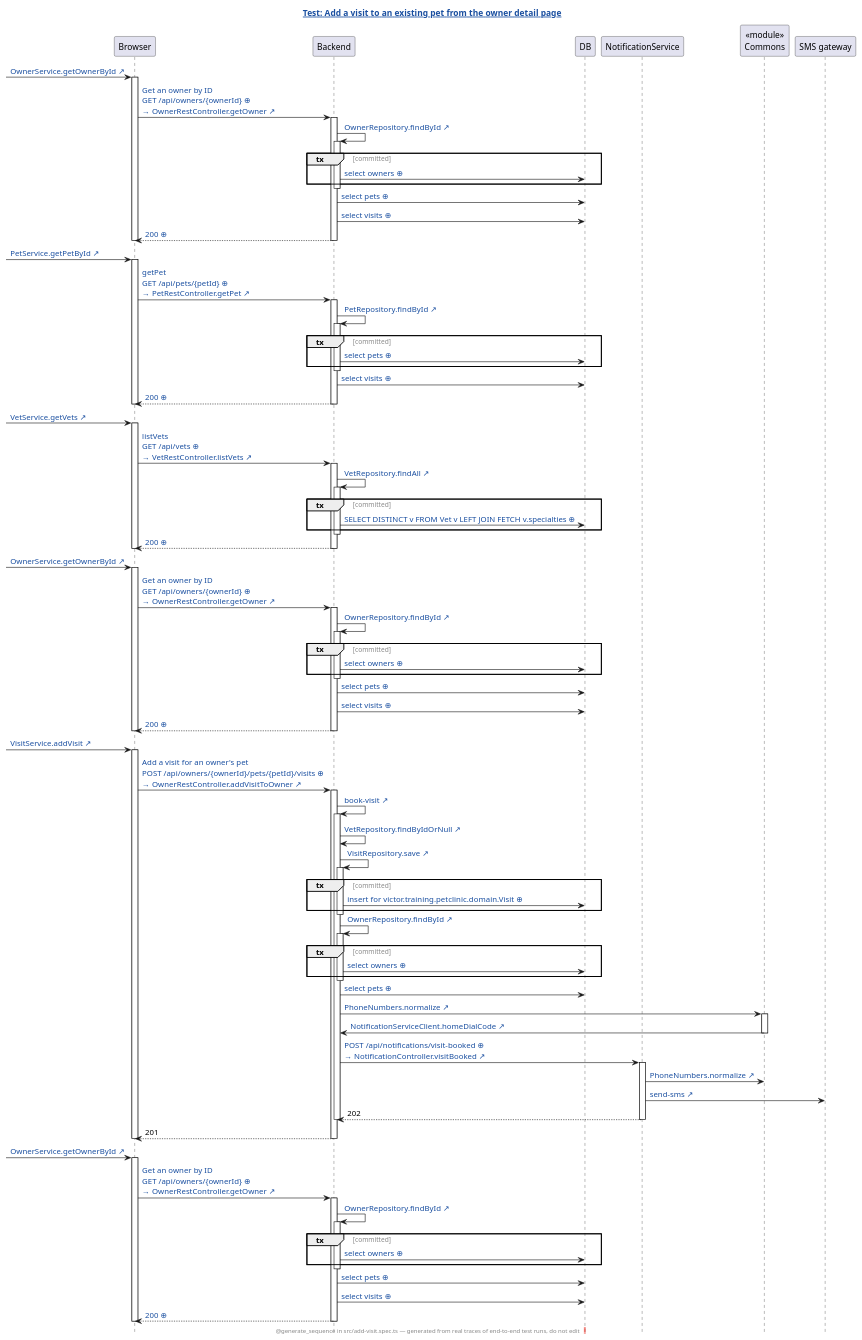
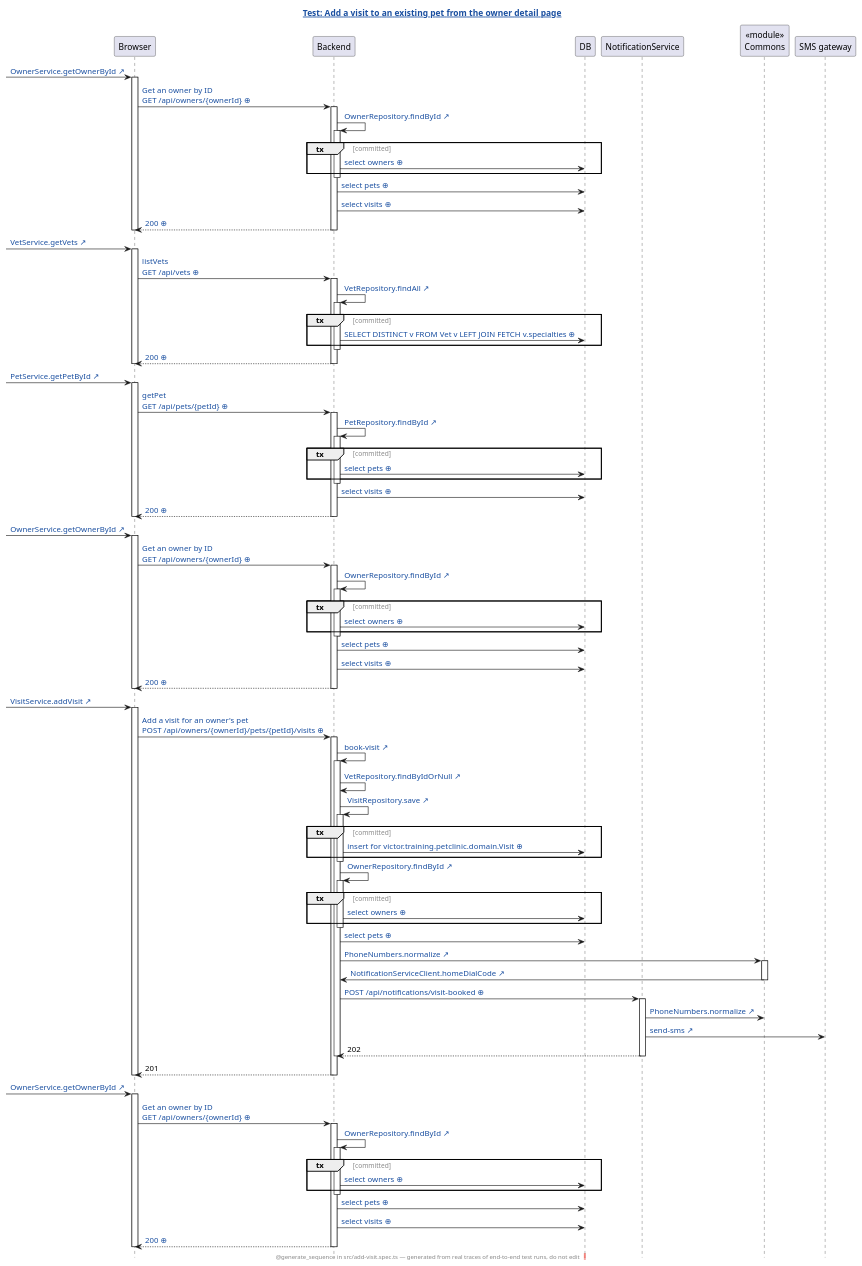
Before and after one commit to victorrentea/petclinic: the diagram in petclinic-test/generated/add-visit.spec.ts.add-a-visit-to-an-existing-pet-from-the-owner-detail-page.genseq.puml, drawn with PlantUML. The commit also changed 3 other files, not shown here.

First line of the commit message:
Regenerate the browser sequence diagrams: a request arrow carries only its words, the controller is named in its panel

```diff
--- a/petclinic-test/generated/add-visit.spec.ts.add-a-visit-to-an-existing-pet-from-the-owner-detail-page.genseq.puml
+++ b/petclinic-test/generated/add-visit.spec.ts.add-a-visit-to-an-existing-pet-from-the-owner-detail-page.genseq.puml
@@ -1,122 +1,122 @@
 @startuml
 ' ⚠️  GENERATED FILE — DO NOT EDIT. Every edit is lost on the next run.
 hide footbox
 skinparam hyperlinkUnderline false
 skinparam hyperlinkColor #1A4FA0
 skinparam sequenceGroupFontColor #888888
 skinparam sequenceGroupFontStyle plain
 title [[src://petclinic-test/src/add-visit.spec.ts:34{Click to open the test} Test: Add a visit to an existing pet from the owner detail page]]
 footer @generate_sequence in src/add-visit.spec.ts — generated from real traces of end-to-end test runs, do not edit ❗
 participant Browser
 participant Backend
 participant DB
 participant NotificationService
 participant "«module»\nCommons" as Commons
 participant "SMS gateway"
 [-> Browser: [[src://petclinic-frontend/src/app/owners/owner-detail/owner-detail.component.ts:22{Click to open the line that sent this request: owner-detail.component.ts:22} OwnerService.getOwnerById ↗]]
 activate Browser
-Browser -> Backend: [[genseq://18jo62a{Click for the request as it was sent} Get an owner by ID\nGET /api/owners/{ownerId} ⊕]]\n[[src://petclinic-backend/src/main/java/victor/training/petclinic/rest/OwnerRestController.java:113{Click to open OwnerRestController.getOwner} → OwnerRestController.getOwner ↗]]
+Browser -> Backend: [[genseq://0m8scc6{Click for the request as it was sent} Get an owner by ID\nGET /api/owners/{ownerId} ⊕]]
 activate Backend
 Backend -> Backend: [[src://petclinic-backend/src/main/java/victor/training/petclinic/repository/OwnerRepository.java:14{Click to open OwnerRepository.findById} OwnerRepository.findById ↗]]
 activate Backend
 group tx [committed]
 Backend -> DB: [[genseq://0x8aana{Click for the statement behind this call} select owners ⊕]]
 end
 deactivate Backend
 Backend -> DB: [[genseq://18567ho{Click for the statement behind this call} select pets ⊕]]
 Backend -> DB: [[genseq://1eq1h2q{Click for the statement behind this call} select visits ⊕]]
 Backend --> Browser: [[genseq://1bhasc1{Click for this call’s JSON body} 200 ⊕]]
 deactivate Backend
 deactivate Browser
+[-> Browser: [[src://petclinic-frontend/src/app/visits/visit-add/visit-add.component.ts:46{Click to open the line that sent this request: visit-add.component.ts:46} VetService.getVets ↗]]
+activate Browser
+Browser -> Backend: [[genseq://1ce7aux{Click for the request as it was sent} listVets\nGET /api/vets ⊕]]
+activate Backend
+Backend -> Backend: [[src://petclinic-backend/src/main/java/victor/training/petclinic/repository/VetRepository.java:13{Click to open VetRepository.findAll} VetRepository.findAll ↗]]
+activate Backend
+group tx [committed]
+Backend -> DB: [[genseq://0p6yxbc{Click for the statement behind this call} SELECT DISTINCT v FROM Vet v LEFT JOIN FETCH v.specialties ⊕]]
+end
+deactivate Backend
+Backend --> Browser: [[genseq://1nmg2oo{Click for this call’s JSON body} 200 ⊕]]
+deactivate Backend
+deactivate Browser
 [-> Browser: [[src://petclinic-frontend/src/app/visits/visit-add/visit-add.component.ts:48{Click to open the line that sent this request: visit-add.component.ts:48} PetService.getPetById ↗]]
 activate Browser
-Browser -> Backend: [[genseq://05e03mm{Click for the request as it was sent} getPet\nGET /api/pets/{petId} ⊕]]\n[[src://petclinic-backend/src/main/java/victor/training/petclinic/rest/PetRestController.java:33{Click to open PetRestController.getPet} → PetRestController.getPet ↗]]
+Browser -> Backend: [[genseq://0ranhxm{Click for the request as it was sent} getPet\nGET /api/pets/{petId} ⊕]]
 activate Backend
 Backend -> Backend: [[src://petclinic-backend/src/main/java/victor/training/petclinic/repository/PetRepository.java:16{Click to open PetRepository.findById} PetRepository.findById ↗]]
 activate Backend
 group tx [committed]
 Backend -> DB: [[genseq://0y7w2ps{Click for the statement behind this call} select pets ⊕]]
 end
 deactivate Backend
 Backend -> DB: [[genseq://1eq1h2q{Click for the statement behind this call} select visits ⊕]]
 Backend --> Browser: [[genseq://0n1gsl8{Click for this call’s JSON body} 200 ⊕]]
 deactivate Backend
 deactivate Browser
-[-> Browser: [[src://petclinic-frontend/src/app/visits/visit-add/visit-add.component.ts:46{Click to open the line that sent this request: visit-add.component.ts:46} VetService.getVets ↗]]
-activate Browser
-Browser -> Backend: [[genseq://18kpp45{Click for the request as it was sent} listVets\nGET /api/vets ⊕]]\n[[src://petclinic-backend/src/main/java/victor/training/petclinic/rest/VetRestController.java:53{Click to open VetRestController.listVets} → VetRestController.listVets ↗]]
-activate Backend
-Backend -> Backend: [[src://petclinic-backend/src/main/java/victor/training/petclinic/repository/VetRepository.java:13{Click to open VetRepository.findAll} VetRepository.findAll ↗]]
-activate Backend
-group tx [committed]
-Backend -> DB: [[genseq://0p6yxbc{Click for the statement behind this call} SELECT DISTINCT v FROM Vet v LEFT JOIN FETCH v.specialties ⊕]]
-end
-deactivate Backend
-Backend --> Browser: [[genseq://1nmg2oo{Click for this call’s JSON body} 200 ⊕]]
-deactivate Backend
-deactivate Browser
 [-> Browser: [[src://petclinic-frontend/src/app/visits/visit-add/visit-add.component.ts:53{Click to open the line that sent this request: visit-add.component.ts:53} OwnerService.getOwnerById ↗]]
 activate Browser
-Browser -> Backend: [[genseq://18jo62a{Click for the request as it was sent} Get an owner by ID\nGET /api/owners/{ownerId} ⊕]]\n[[src://petclinic-backend/src/main/java/victor/training/petclinic/rest/OwnerRestController.java:113{Click to open OwnerRestController.getOwner} → OwnerRestController.getOwner ↗]]
+Browser -> Backend: [[genseq://0m8scc6{Click for the request as it was sent} Get an owner by ID\nGET /api/owners/{ownerId} ⊕]]
 activate Backend
 Backend -> Backend: [[src://petclinic-backend/src/main/java/victor/training/petclinic/repository/OwnerRepository.java:14{Click to open OwnerRepository.findById} OwnerRepository.findById ↗]]
 activate Backend
 group tx [committed]
 Backend -> DB: [[genseq://0x8aana{Click for the statement behind this call} select owners ⊕]]
 end
 deactivate Backend
 Backend -> DB: [[genseq://18567ho{Click for the statement behind this call} select pets ⊕]]
 Backend -> DB: [[genseq://1eq1h2q{Click for the statement behind this call} select visits ⊕]]
 Backend --> Browser: [[genseq://1bhasc1{Click for this call’s JSON body} 200 ⊕]]
 deactivate Backend
 deactivate Browser
 [-> Browser: [[src://petclinic-frontend/src/app/visits/visit-add/visit-add.component.ts:69{Click to open the line that sent this request: visit-add.component.ts:69 ← visit-add.component.html:25} VisitService.addVisit ↗]]
 activate Browser
-Browser -> Backend: [[genseq://0jfza5n{Click for the request as it was sent} Add a visit for an owner's pet\nPOST /api/owners/{ownerId}/pets/{petId}/visits ⊕]]\n[[src://petclinic-backend/src/main/java/victor/training/petclinic/rest/OwnerRestController.java:177{Click to open OwnerRestController.addVisitToOwner} → OwnerRestController.addVisitToOwner ↗]]
+Browser -> Backend: [[genseq://0nhf3d3{Click for the request as it was sent} Add a visit for an owner's pet\nPOST /api/owners/{ownerId}/pets/{petId}/visits ⊕]]
 activate Backend
 Backend -> Backend: [[src://petclinic-backend/src/main/java/victor/training/petclinic/rest/OwnerRestController.java:193{Click to open OwnerRestController.bookVisit} book-visit ↗]]
 activate Backend
 Backend -> Backend: [[src://petclinic-backend/src/main/java/victor/training/petclinic/repository/VetRepository.java:19{Click to open VetRepository.findByIdOrNull} VetRepository.findByIdOrNull ↗]]
 Backend -> Backend: [[src://petclinic-backend/src/main/java/victor/training/petclinic/repository/VisitRepository.java:14{Click to open VisitRepository.save} VisitRepository.save ↗]]
 activate Backend
 group tx [committed]
-Backend -> DB: [[genseq://14g6ded{Click for the statement behind this call} insert for victor.training.petclinic.domain.Visit ⊕]]
+Backend -> DB: [[genseq://0v1528l{Click for the statement behind this call} insert for victor.training.petclinic.domain.Visit ⊕]]
 end
 deactivate Backend
 Backend -> Backend: [[src://petclinic-backend/src/main/java/victor/training/petclinic/repository/OwnerRepository.java:14{Click to open OwnerRepository.findById} OwnerRepository.findById ↗]]
 activate Backend
 group tx [committed]
 Backend -> DB: [[genseq://0x8aana{Click for the statement behind this call} select owners ⊕]]
 end
 deactivate Backend
 Backend -> DB: [[genseq://18567ho{Click for the statement behind this call} select pets ⊕]]
 Backend -> Commons: [[src://petclinic-commons/src/main/java/victor/training/commons/PhoneNumbers.java:14{Click to open PhoneNumbers.normalize} PhoneNumbers.normalize ↗]]
 activate Commons
 Commons -> Backend: [[src://petclinic-backend/src/main/java/victor/training/petclinic/notification/NotificationServiceClient.java:45{Click to open NotificationServiceClient.homeDialCode} NotificationServiceClient.homeDialCode ↗]]
 deactivate Commons
-Backend -> NotificationService: [[genseq://00gfug0{Click for the request as it was sent} POST /api/notifications/visit-booked ⊕]]\n[[src://notification-service/src/main/java/victor/training/notification/NotificationController.java:21{Click to open NotificationController.visitBooked} → NotificationController.visitBooked ↗]]
+Backend -> NotificationService: [[genseq://00gfug0{Click for the request as it was sent} POST /api/notifications/visit-booked ⊕]]
 activate NotificationService
 NotificationService -> Commons: [[src://petclinic-commons/src/main/java/victor/training/commons/PhoneNumbers.java:8{Click to open PhoneNumbers.normalize} PhoneNumbers.normalize ↗]]
 NotificationService -> "SMS gateway": [[src://notification-service/src/main/java/victor/training/notification/SmsGateway.java:23{Click to open SmsGateway.send} send-sms ↗]]
 NotificationService --> Backend: 202
 deactivate NotificationService
 deactivate Backend
 Backend --> Browser: 201
 deactivate Backend
 deactivate Browser
 [-> Browser: [[src://petclinic-frontend/src/app/owners/owner-detail/owner-detail.component.ts:22{Click to open the line that sent this request: owner-detail.component.ts:22} OwnerService.getOwnerById ↗]]
 activate Browser
-Browser -> Backend: [[genseq://18jo62a{Click for the request as it was sent} Get an owner by ID\nGET /api/owners/{ownerId} ⊕]]\n[[src://petclinic-backend/src/main/java/victor/training/petclinic/rest/OwnerRestController.java:113{Click to open OwnerRestController.getOwner} → OwnerRestController.getOwner ↗]]
+Browser -> Backend: [[genseq://0m8scc6{Click for the request as it was sent} Get an owner by ID\nGET /api/owners/{ownerId} ⊕]]
 activate Backend
 Backend -> Backend: [[src://petclinic-backend/src/main/java/victor/training/petclinic/repository/OwnerRepository.java:14{Click to open OwnerRepository.findById} OwnerRepository.findById ↗]]
 activate Backend
 group tx [committed]
 Backend -> DB: [[genseq://0x8aana{Click for the statement behind this call} select owners ⊕]]
 end
 deactivate Backend
 Backend -> DB: [[genseq://18567ho{Click for the statement behind this call} select pets ⊕]]
 Backend -> DB: [[genseq://1eq1h2q{Click for the statement behind this call} select visits ⊕]]
-Backend --> Browser: [[genseq://11tdoe4{Click for this call’s JSON body} 200 ⊕]]
+Backend --> Browser: [[genseq://18ymh90{Click for this call’s JSON body} 200 ⊕]]
 deactivate Backend
 deactivate Browser
 @enduml
```
